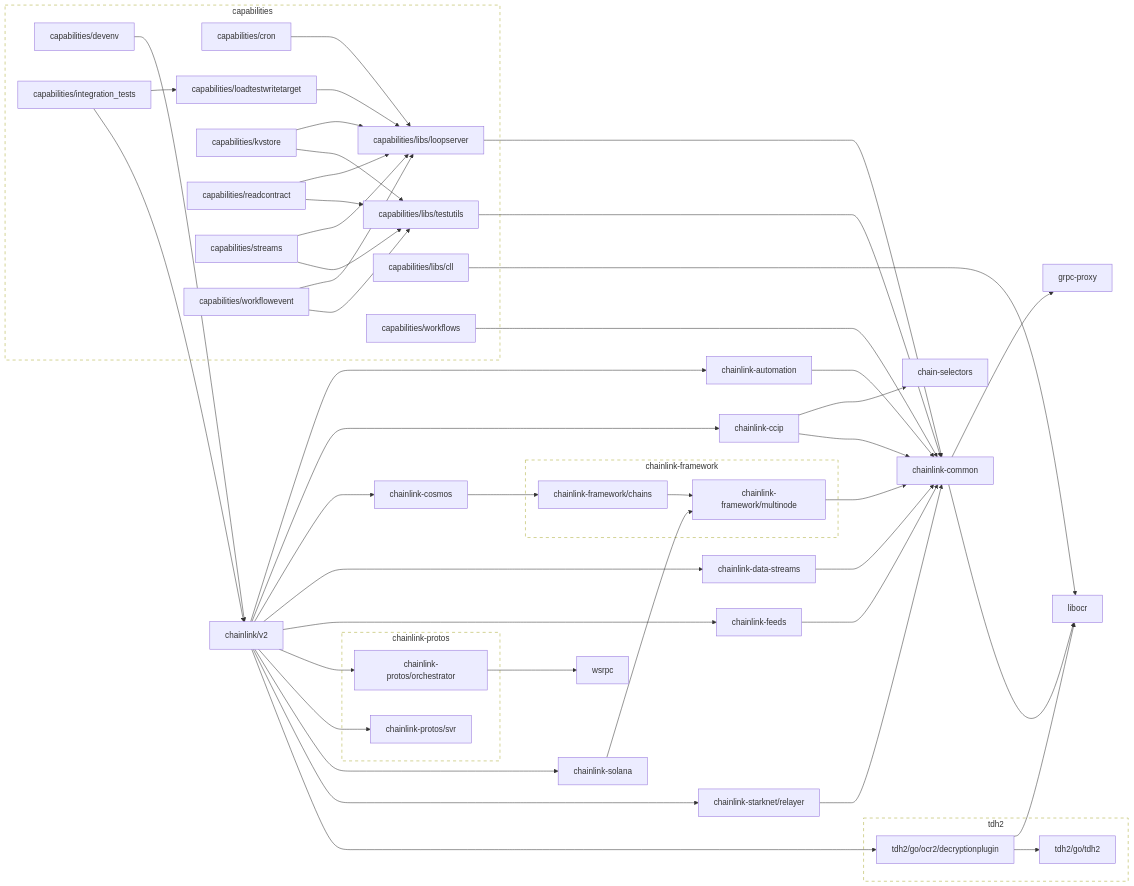
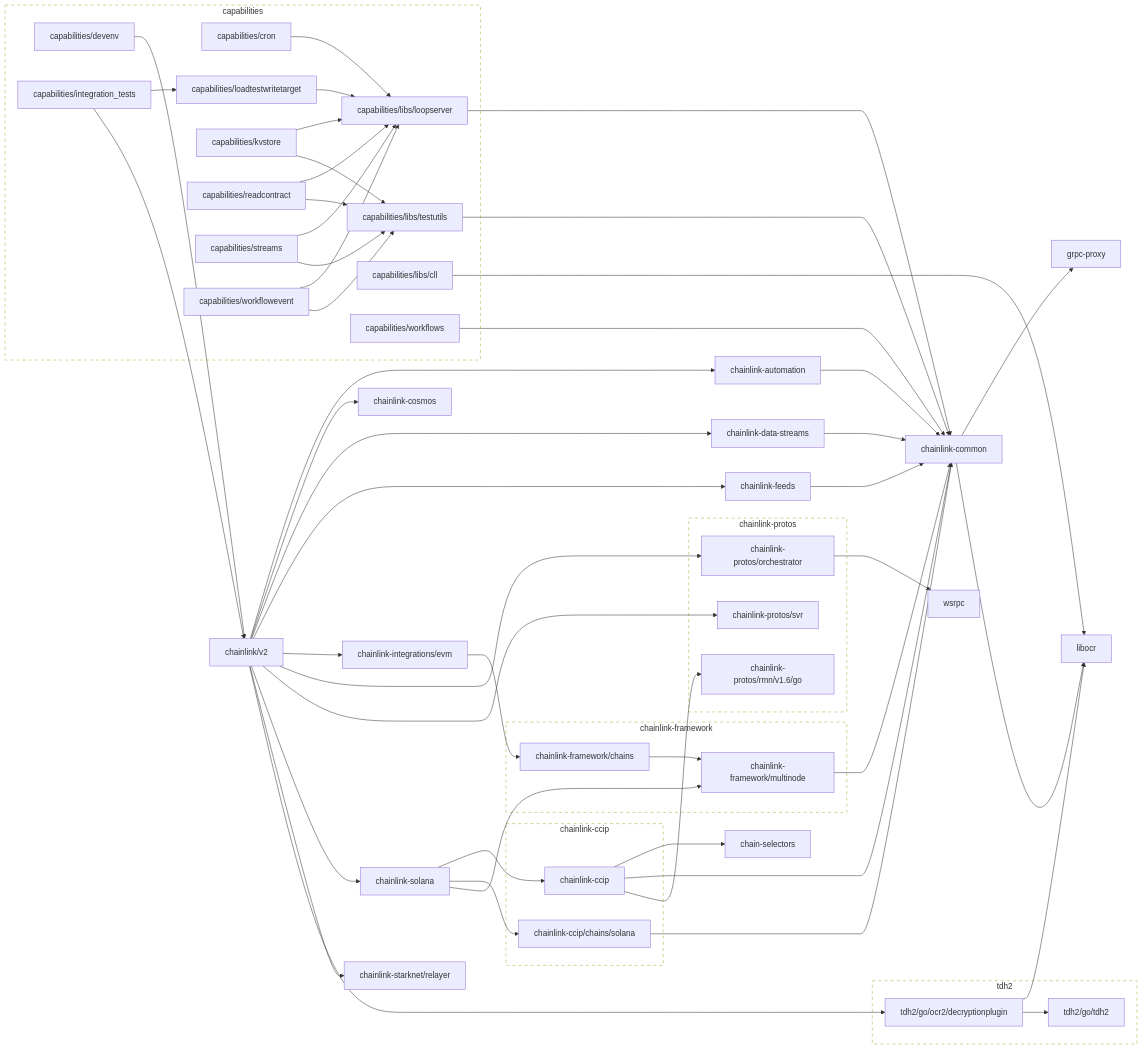
One commit to smartcontractkit/capabilities changed the diagram in go.md. Above: the diagram before and after it, drawn with Mermaid. The commit also changed 8 other files, not shown here.

````diff
--- a/go.md
+++ b/go.md
@@ -37,11 +37,14 @@
 	click chainlink-automation href "https://github.com/smartcontractkit/chainlink-automation"
 	chainlink-ccip --> chain-selectors
 	chainlink-ccip --> chainlink-common
+	chainlink-ccip --> chainlink-protos/rmn/v1.6/go
 	click chainlink-ccip href "https://github.com/smartcontractkit/chainlink-ccip"
+	chainlink-ccip/chains/solana --> chainlink-common
+	click chainlink-ccip/chains/solana href "https://github.com/smartcontractkit/chainlink-ccip"
 	chainlink-common --> grpc-proxy
 	chainlink-common --> libocr
 	click chainlink-common href "https://github.com/smartcontractkit/chainlink-common"
-	chainlink-cosmos --> chainlink-framework/chains
+	chainlink-cosmos
 	click chainlink-cosmos href "https://github.com/smartcontractkit/chainlink-cosmos"
 	chainlink-data-streams --> chainlink-common
 	click chainlink-data-streams href "https://github.com/smartcontractkit/chainlink-data-streams"
@@ -51,19 +54,25 @@
 	click chainlink-framework/chains href "https://github.com/smartcontractkit/chainlink-framework"
 	chainlink-framework/multinode --> chainlink-common
 	click chainlink-framework/multinode href "https://github.com/smartcontractkit/chainlink-framework"
+	chainlink-integrations/evm --> chainlink-framework/chains
+	click chainlink-integrations/evm href "https://github.com/smartcontractkit/chainlink-integrations"
 	chainlink-protos/orchestrator --> wsrpc
 	click chainlink-protos/orchestrator href "https://github.com/smartcontractkit/chainlink-protos"
+	chainlink-protos/rmn/v1.6/go
+	click chainlink-protos/rmn/v1.6/go href "https://github.com/smartcontractkit/chainlink-protos"
 	chainlink-protos/svr
 	click chainlink-protos/svr href "https://github.com/smartcontractkit/chainlink-protos"
+	chainlink-solana --> chainlink-ccip
+	chainlink-solana --> chainlink-ccip/chains/solana
 	chainlink-solana --> chainlink-framework/multinode
 	click chainlink-solana href "https://github.com/smartcontractkit/chainlink-solana"
-	chainlink-starknet/relayer --> chainlink-common
+	chainlink-starknet/relayer
 	click chainlink-starknet/relayer href "https://github.com/smartcontractkit/chainlink-starknet"
 	chainlink/v2 --> chainlink-automation
-	chainlink/v2 --> chainlink-ccip
 	chainlink/v2 --> chainlink-cosmos
 	chainlink/v2 --> chainlink-data-streams
 	chainlink/v2 --> chainlink-feeds
+	chainlink/v2 --> chainlink-integrations/evm
 	chainlink/v2 --> chainlink-protos/orchestrator
 	chainlink/v2 --> chainlink-protos/svr
 	chainlink/v2 --> chainlink-solana
@@ -98,6 +107,12 @@
 	end
 	click capabilities-repo href "https://github.com/smartcontractkit/capabilities"
 
+	subgraph chainlink-ccip-repo[chainlink-ccip]
+		 chainlink-ccip
+		 chainlink-ccip/chains/solana
+	end
+	click chainlink-ccip-repo href "https://github.com/smartcontractkit/chainlink-ccip"
+
 	subgraph chainlink-framework-repo[chainlink-framework]
 		 chainlink-framework/chains
 		 chainlink-framework/multinode
@@ -106,6 +121,7 @@
 
 	subgraph chainlink-protos-repo[chainlink-protos]
 		 chainlink-protos/orchestrator
+		 chainlink-protos/rmn/v1.6/go
 		 chainlink-protos/svr
 	end
 	click chainlink-protos-repo href "https://github.com/smartcontractkit/chainlink-protos"
@@ -117,5 +133,5 @@
 	click tdh2-repo href "https://github.com/smartcontractkit/tdh2"
 
 	classDef outline stroke-dasharray:6,fill:none;
-	class capabilities-repo,chainlink-framework-repo,chainlink-protos-repo,tdh2-repo outline
+	class capabilities-repo,chainlink-ccip-repo,chainlink-framework-repo,chainlink-protos-repo,tdh2-repo outline
 ```
````
